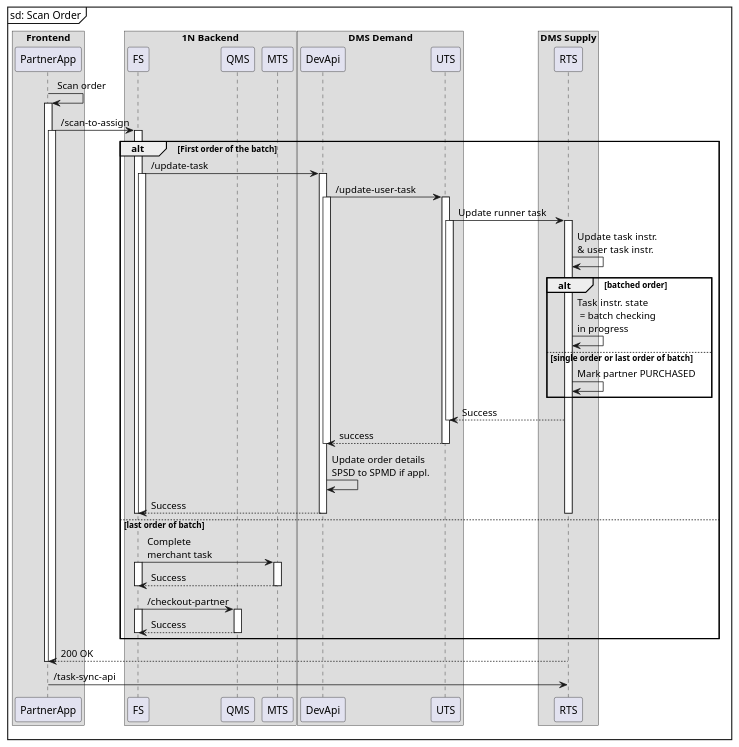
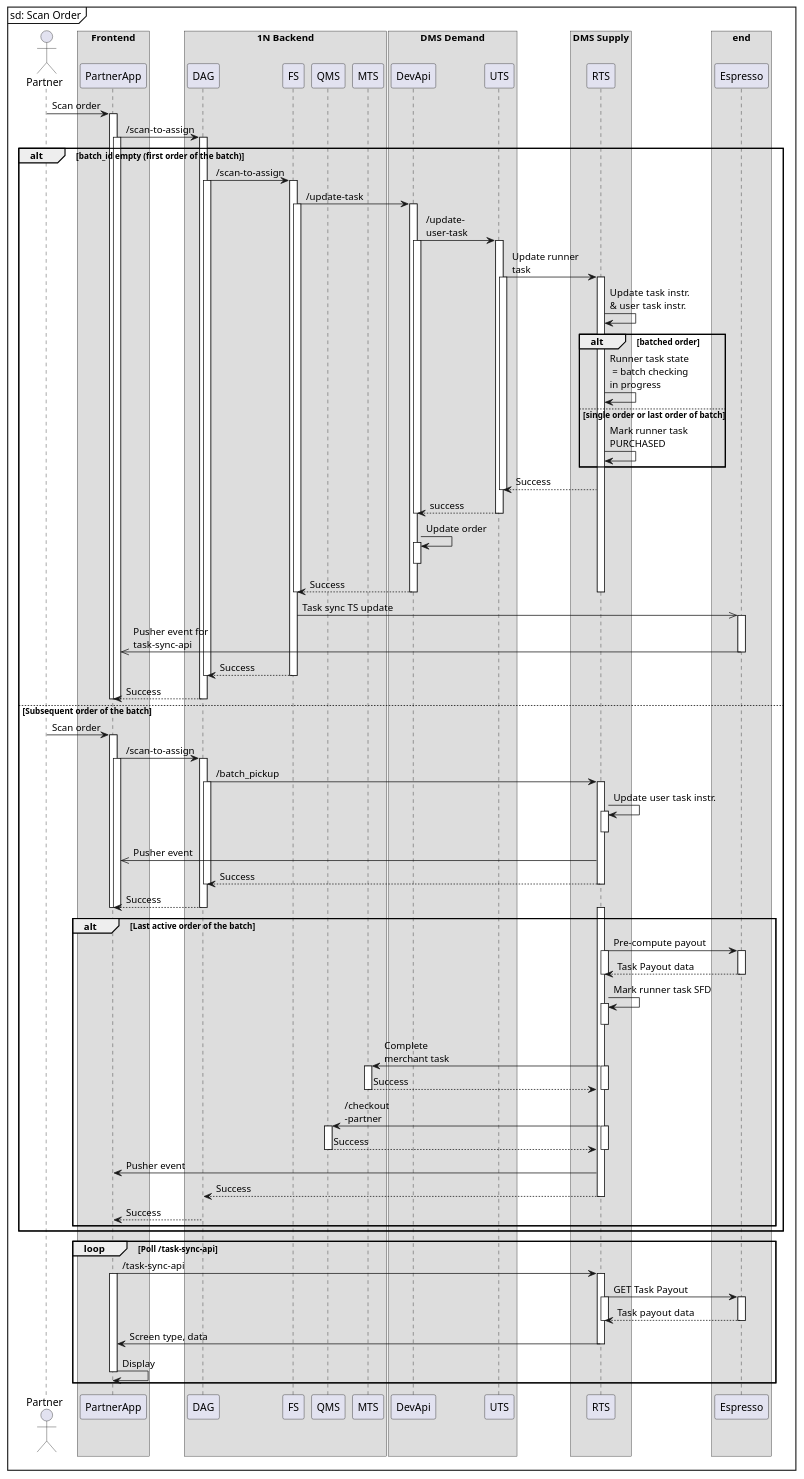
The diagram in mn-intervention/scan-order.puml (rakesh-k-dunzo/dms-uml-diagrams), drawn with PlantUML before and after one commit. The commit also changed 4 other files, not shown here.

```diff
--- a/mn-intervention/scan-order.puml
+++ b/mn-intervention/scan-order.puml
@@ -1,98 +1,162 @@
 @startuml
 mainframe sd: Scan Order
+
+actor Partner
 
 box "Frontend"
 participant PartnerApp
 box end
 
 'box "API Gateway"
 'participant ScanToAssignDAG
 'box end
 
 box "1N Backend"
+participant DAG
 participant FS
 participant QMS
 participant MTS
 box end
 
 box "DMS Demand"
 participant DevApi
 participant UTS
 box end
 
 
 box "DMS Supply"
 participant RTS
 box end
 
 
 
-PartnerApp -> PartnerApp: Scan order
+Partner -> PartnerApp: Scan order
 activate PartnerApp
 
 ' Remove RTS.
 ' Avoid RTS push to app on batch order scan
 ' Subsequent scans should go to RTS from app
 ' (via API gateway)
 ' What happens to DevAPI data
 ' if batch scan expires.
 '
 
-PartnerApp -> FS: /scan-to-assign
-alt First order of the batch
+PartnerApp -> DAG: /scan-to-assign
+activate DAG
 activate PartnerApp
+alt batch_id empty (first order of the batch)
+DAG -> FS: /scan-to-assign
+activate DAG
 activate FS
 FS -> DevApi: /update-task
 activate FS
 activate DevApi
-DevApi -> UTS: /update-user-task
+DevApi -> UTS: /update-\nuser-task
 activate UTS
 activate DevApi
-UTS -> RTS: Update runner task
+UTS -> RTS: Update runner\ntask
 activate UTS
 activate RTS
 RTS -> RTS: Update task instr. \n& user task instr.
 alt batched order
-RTS -> RTS: Task instr. state\n = batch checking\nin progress
+RTS -> RTS: Runner task state\n = batch checking\nin progress
 else single order or last order of batch
-RTS -> RTS: Mark partner PURCHASED
+RTS -> RTS: Mark runner task \nPURCHASED
 end
 RTS --> UTS: Success
 deactivate UTS
 DevApi <-- UTS: success
 deactivate UTS
 deactivate DevApi
-DevApi -> DevApi: Update order details\nSPSD to SPMD if appl.
+DevApi -> DevApi: Update order
+activate DevApi
+deactivate DevApi
 
 DevApi --> FS: Success
 deactivate DevApi
 deactivate FS
 deactivate RTS
+FS ->> Espresso: Task sync TS update
+activate Espresso
+Espresso ->> PartnerApp: Pusher event for\ntask-sync-api
+deactivate Espresso
+FS --> DAG: Success
 deactivate FS
-else last order of batch
-FS -> MTS: Complete\nmerchant task
-activate FS
+deactivate DAG
+DAG --> PartnerApp: Success
+deactivate DAG
+deactivate PartnerApp
+deactivate PartnerApp
+else Subsequent order of the batch
+Partner -> PartnerApp: Scan order
+activate PartnerApp
+PartnerApp -> DAG: /scan-to-assign
+activate PartnerApp
+activate DAG
+DAG -> RTS: /batch_pickup
+activate DAG
+activate RTS
+RTS -> RTS: Update user task instr.
+activate RTS
+deactivate RTS
+RTS ->> PartnerApp: Pusher event
+RTS --> DAG: Success
+deactivate RTS
+deactivate DAG
+DAG --> PartnerApp: Success
+deactivate PartnerApp
+deactivate PartnerApp
+deactivate DAG
+alt Last active order of the batch
+activate RTS
+
+RTS -> Espresso: Pre-compute payout
+activate RTS
+activate Espresso
+Espresso --> RTS: Task Payout data
+deactivate RTS
+deactivate Espresso
+RTS -> RTS: Mark runner task SFD
+activate RTS
+deactivate RTS
+RTS -> MTS: Complete\nmerchant task
+activate RTS
 activate MTS
-MTS --> FS: Success
+MTS --> RTS: Success
+deactivate RTS
+deactivate MTS
+RTS -> QMS: /checkout\n-partner
+activate RTS
+activate QMS
+RTS <-- QMS: Success
+deactivate RTS
+deactivate QMS
+RTS -> PartnerApp: Pusher event
+RTS --> DAG: Success
+deactivate RTS
+DAG --> PartnerApp: Success
+deactivate PartnerApp
+end
+end
+
 deactivate FS
-deactivate MTS
-FS -> QMS: /checkout-partner
-activate FS
-activate QMS
-FS <-- QMS: Success
-deactivate FS
-deactivate QMS
+deactivate RTS
+loop Poll /task-sync-api
+PartnerApp -> RTS: /task-sync-api
+activate PartnerApp
+activate RTS
+RTS -> Espresso: GET Task Payout
+activate RTS
+activate Espresso
+Espresso --> RTS: Task payout data
+deactivate Espresso
+deactivate RTS
+RTS -> PartnerApp: Screen type, data
+deactivate RTS
 
+PartnerApp -> PartnerApp: Display
+deactivate PartnerApp
 end
 
 
-RTS --> PartnerApp: 200 OK
-deactivate RTS
-deactivate PartnerApp
-deactivate PartnerApp
-
-PartnerApp -> RTS: /task-sync-api
-
-
-
 @enduml
```
